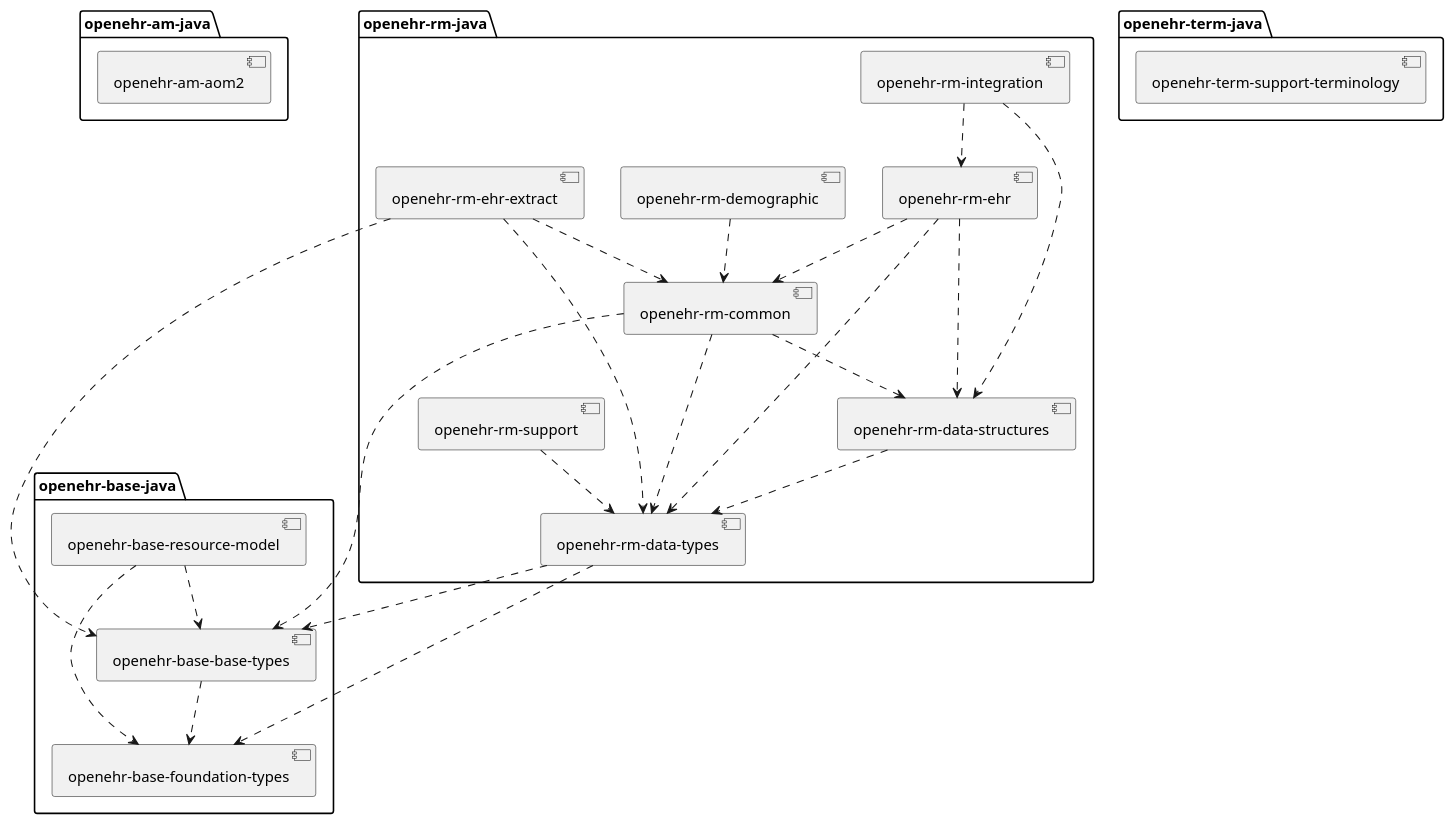
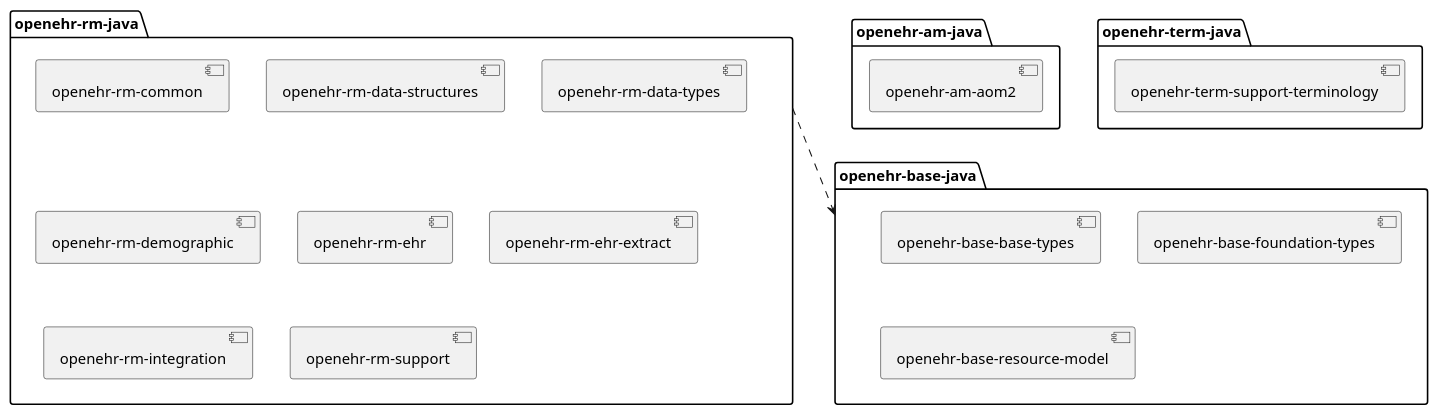
One commit to openehr4j/.github changed the diagram in img/overview.puml. Above: the diagram before and after it, drawn with PlantUML. The commit also changed 3 other files, not shown here.

Commit message:
Update overview diagram

```diff
--- a/img/overview.puml
+++ b/img/overview.puml
@@ -1,56 +1,30 @@
 @startuml undefined
 
-package openehr-am-java {
+package "openehr-am-java" as AM {
   component "openehr-am-aom2" as aom2
 }
 
-package openehr-base-java {
+package "openehr-base-java" as BASE {
   component "openehr-base-base-types" as baseTypes
   component "openehr-base-foundation-types" as foundationTypes
   component "openehr-base-resource-model" as resourceModel
 }
 
-package openehr-rm-java {
+package "openehr-rm-java" as RM {
   component "openehr-rm-common" as common
   component "openehr-rm-data-structures" as dataStructures
   component "openehr-rm-data-types" as dataTypes
   component "openehr-rm-demographic" as demographic
   component "openehr-rm-ehr" as ehr
   component "openehr-rm-ehr-extract" as ehrExtract
   component "openehr-rm-integration" as integration
   component "openehr-rm-support" as support
 }
 
-package openehr-term-java {
+package "openehr-term-java" as TERM {
   component "openehr-term-support-terminology" as supportTerminology
 }
 
-baseTypes ..> foundationTypes
-resourceModel ..> baseTypes
-resourceModel ..> foundationTypes
-
-common ..> baseTypes
-common ..> dataTypes
-common ..> dataStructures
-
-dataStructures ..> dataTypes
-
-dataTypes ..> baseTypes
-dataTypes ..> foundationTypes
-
-demographic ..> common
-
-ehr ..> common
-ehr ..> dataStructures
-ehr ..> dataTypes
-
-ehrExtract ..> baseTypes
-ehrExtract ..> common
-ehrExtract ..> dataTypes
-
-integration ..> dataStructures
-integration ..> ehr
-
-support ..> dataTypes
+RM ..> BASE
 
 @enduml
```
